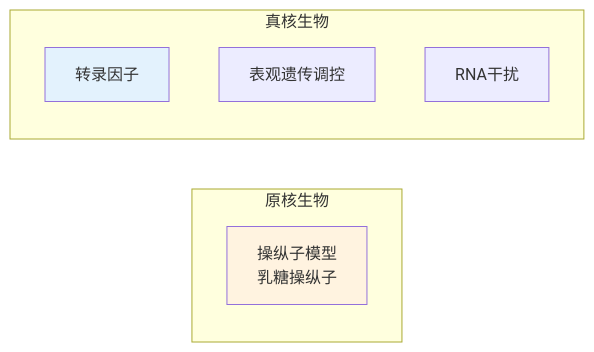
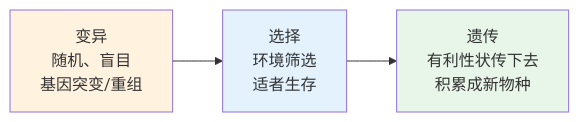
Before and after one commit to wxyClark/wxyClark.github.io: the sixth of 11 diagrams in content/natural-sciences/biology/index.md, drawn with Mermaid. The commit also changed other lines of this file and 11 other files, not shown here.

````diff
--- a/content/natural-sciences/biology/index.md
+++ b/content/natural-sciences/biology/index.md
@@ -130,15 +152,12 @@
 ```mermaid
 flowchart LR
-    subgraph 原核生物
-        O1[操纵子模型<br/>乳糖操纵子]
-    end
+    E1[变异<br/>随机、盲目<br/>基因突变/重组] 
+    E2[选择<br/>环境筛选<br/>适者生存] 
+    E3[遗传<br/>有利性状传下去<br/>积累成新物种] 
     
-    subgraph 真核生物
-        E1[转录因子]
-        E2[表观遗传调控]
-        E3[RNA干扰]
-    end
+    E1 --> E2 --> E3
     
-    style O1 fill:#fff3e0
-    style E1 fill:#e3f2fd
+    style E1 fill:#fff3e0
+    style E2 fill:#e3f2fd
+    style E3 fill:#e8f5e9
 ```
````
